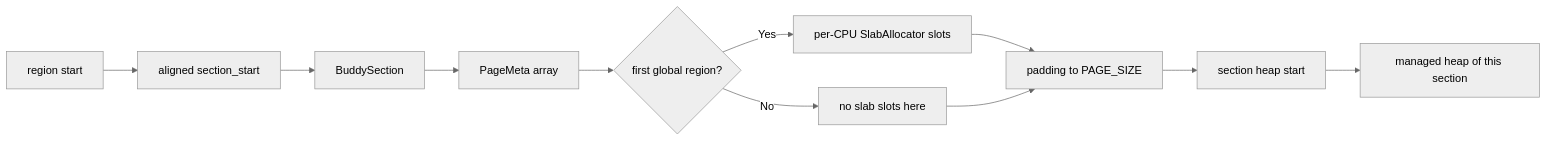
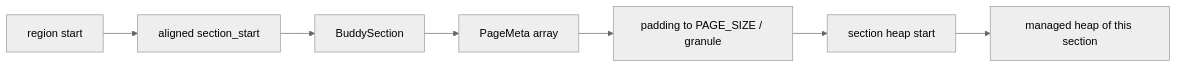
One commit to arceos-hypervisor/buddy-slab-allocator changed the second of 8 diagrams in docs/design.md. Above: the diagram before and after it, drawn with Mermaid (neutral theme). The commit also changed other lines of this file and 10 other files, not shown here.

First line of the commit message:
Refactor global allocator to support singleton pattern and improve slab management

````diff
--- a/docs/design.md
+++ b/docs/design.md
@@ -105,13 +106,9 @@
 ```mermaid
 flowchart LR
     A["region start"] --> B["aligned section_start"]
     B --> C["BuddySection"]
     C --> D["PageMeta array"]
-    D --> E{"first global region?"}
-    E -- Yes --> F["per-CPU SlabAllocator slots"]
-    E -- No --> G["no slab slots here"]
-    F --> H["padding to PAGE_SIZE"]
-    G --> H
+    D --> H["padding to PAGE_SIZE / granule"]
     H --> I["section heap start"]
     I --> J["managed heap of this section"]
 ```
````
